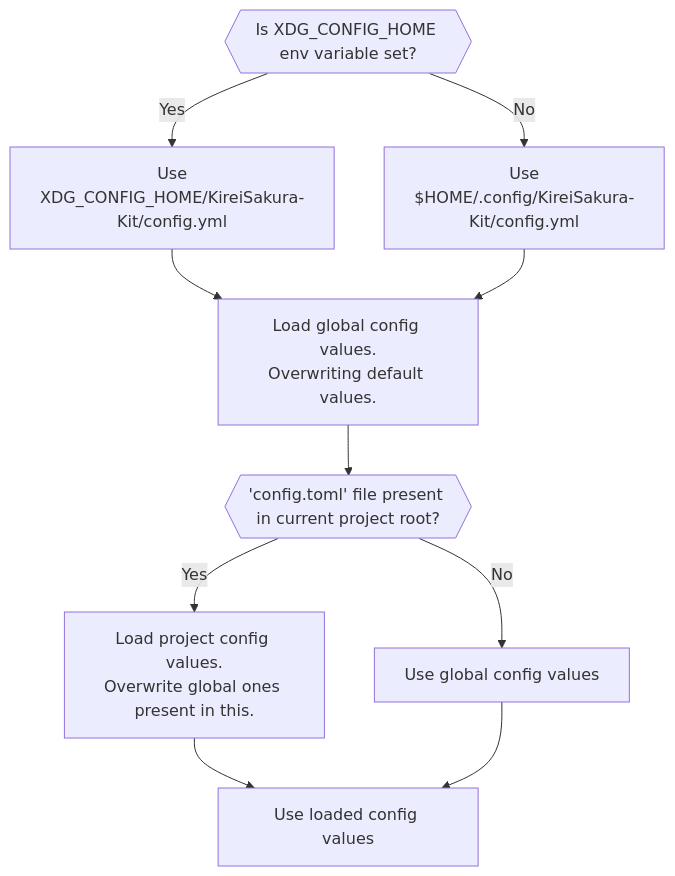
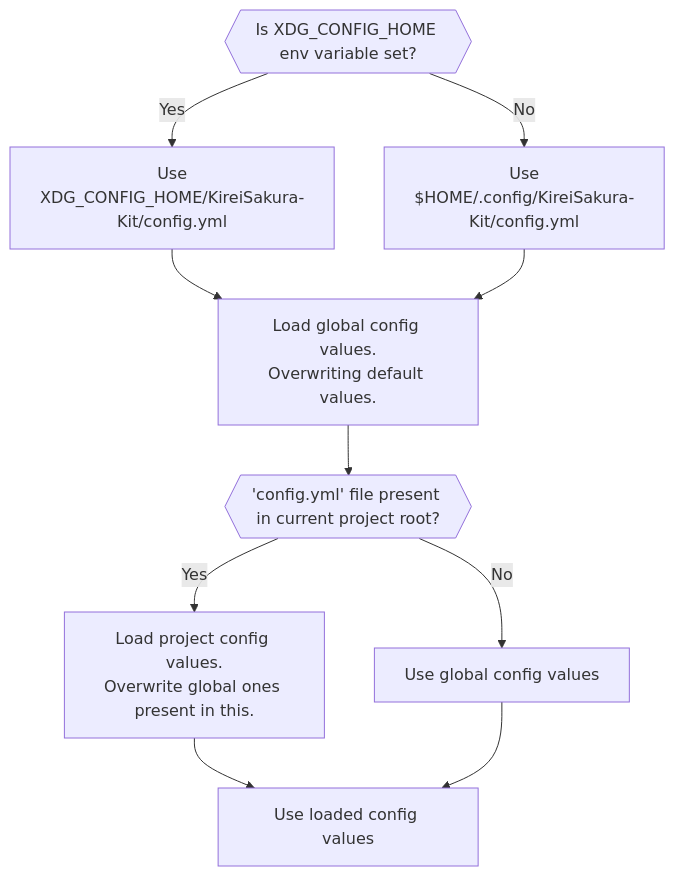
One commit to soymadip/KireiSakura-Kit changed the diagram in docs/docs/config/index.md. Above: the diagram before and after it, drawn with Mermaid. The commit also changed other lines of this file and 10 other files, not shown here.

````diff
--- a/docs/docs/config/index.md
+++ b/docs/docs/config/index.md
@@ -41,14 +41,14 @@
 ```mermaid
 
 graph TD
     B{{Is XDG_CONFIG_HOME env variable set?}}
     B -- Yes --> C[Use<br>XDG_CONFIG_HOME/KireiSakura-Kit/config.yml]
     B -- No --> D[Use<br>$HOME/.config/KireiSakura-Kit/config.yml]
     C --> E[Load global config values.<br>Overwriting default values.]
     D --> E
-    E --> F{{'config.toml' file present in current project root?}}
+    E --> F{{'config.yml' file present in current project root?}}
     F -- Yes --> G[Load project config values.<br>Overwrite global ones present in this.]
     F -- No --> H[Use global config values]
     G --> I[Use loaded config values]
     H --> I
 ```
````
